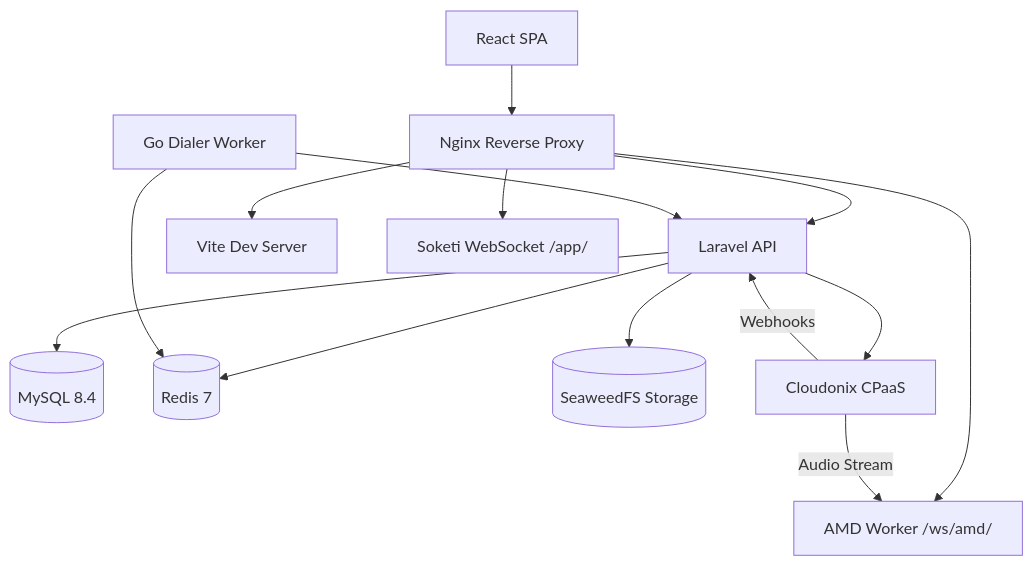
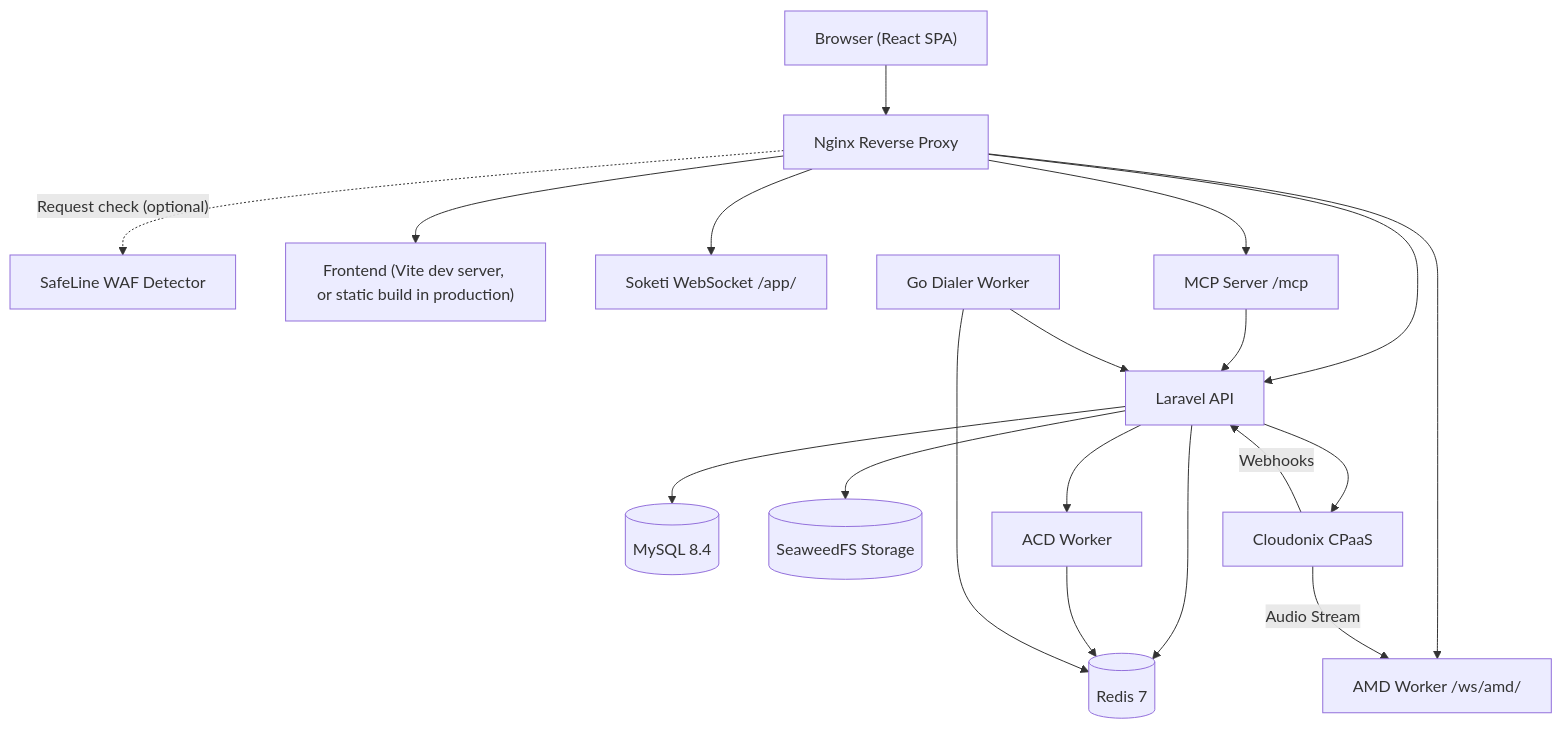
Before and after one commit to greenfieldtech-nirs/opbx: the diagram in docs/opbx-userguide/index.mdx, drawn with Mermaid. The commit also changed other lines of this file and 9 other files, not shown here.

````diff
--- a/docs/opbx-userguide/index.mdx
+++ b/docs/opbx-userguide/index.mdx
@@ -38,16 +41,21 @@
 ```mermaid
 graph TB
-    Browser[React SPA] --> Nginx[Nginx Reverse Proxy]
+    Browser["Browser (React SPA)"] --> Nginx[Nginx Reverse Proxy]
+    Nginx -.->|"Request check (optional)"| WAF[SafeLine WAF Detector]
+    Nginx --> Frontend["Frontend (Vite dev server, or static build in production)"]
     Nginx --> Laravel[Laravel API]
-    Nginx --> Frontend[Vite Dev Server]
-    Nginx --> Soketi[Soketi WebSocket /app/]
-    Nginx --> AMD[AMD Worker /ws/amd/]
+    Nginx --> Soketi["Soketi WebSocket /app/"]
+    Nginx --> AMD["AMD Worker /ws/amd/"]
+    Nginx --> MCP["MCP Server /mcp"]
+    MCP --> Laravel
     Laravel --> MySQL[(MySQL 8.4)]
     Laravel --> Redis[(Redis 7)]
     Laravel --> SeaweedFS[(SeaweedFS Storage)]
+    Laravel --> ACD[ACD Worker]
+    ACD --> Redis
     Laravel --> Cloudonix[Cloudonix CPaaS]
     GoWorker[Go Dialer Worker] --> Laravel
     GoWorker --> Redis
-    Cloudonix --> |Webhooks| Laravel
-    Cloudonix --> |Audio Stream| AMD
+    Cloudonix -->|Webhooks| Laravel
+    Cloudonix -->|Audio Stream| AMD
 ```
````
